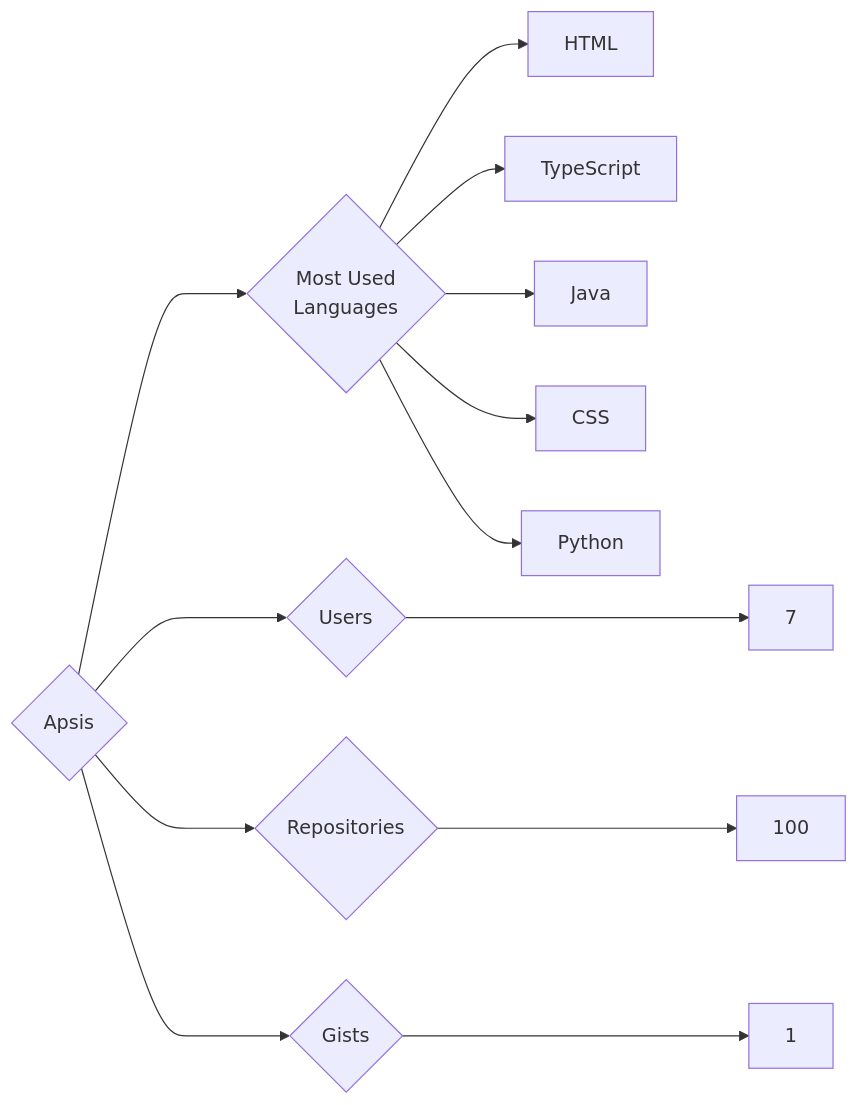
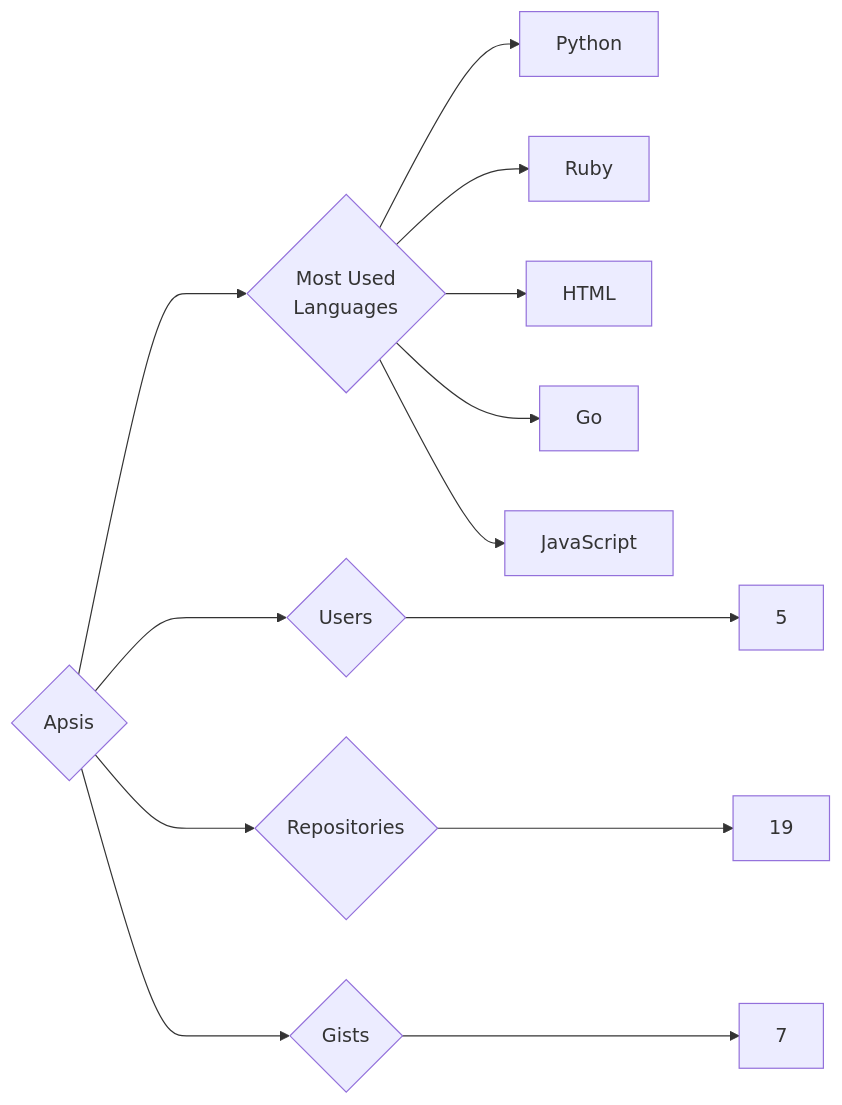
Before and after one commit to trickest/insiders: the diagram in targets/Apsis/README.md, drawn with Mermaid. The commit also changed 676 other files, not shown here.

````diff
--- a/targets/Apsis/README.md
+++ b/targets/Apsis/README.md
@@ -3,13 +3,13 @@
 ```mermaid
 graph LR
 COMPANY_NAME{Apsis}
-COMPANY_NAME ---> U{Users} ---> UN[7]
-COMPANY_NAME ---> R{Repositories} ---> RN[100]
-COMPANY_NAME ---> G{Gists} ---> GN[1]
+COMPANY_NAME ---> U{Users} ---> UN[5]
+COMPANY_NAME ---> R{Repositories} ---> RN[19]
+COMPANY_NAME ---> G{Gists} ---> GN[7]
 COMPANY_NAME ---> ML{Most Used<br>Languages}
+ML --> Python[Python]
+ML --> Ruby[Ruby]
 ML --> HTML[HTML]
-ML --> TypeScript[TypeScript]
-ML --> Java[Java]
-ML --> CSS[CSS]
-ML --> Python[Python]
+ML --> Go[Go]
+ML --> JavaScript[JavaScript]
 ```
````
